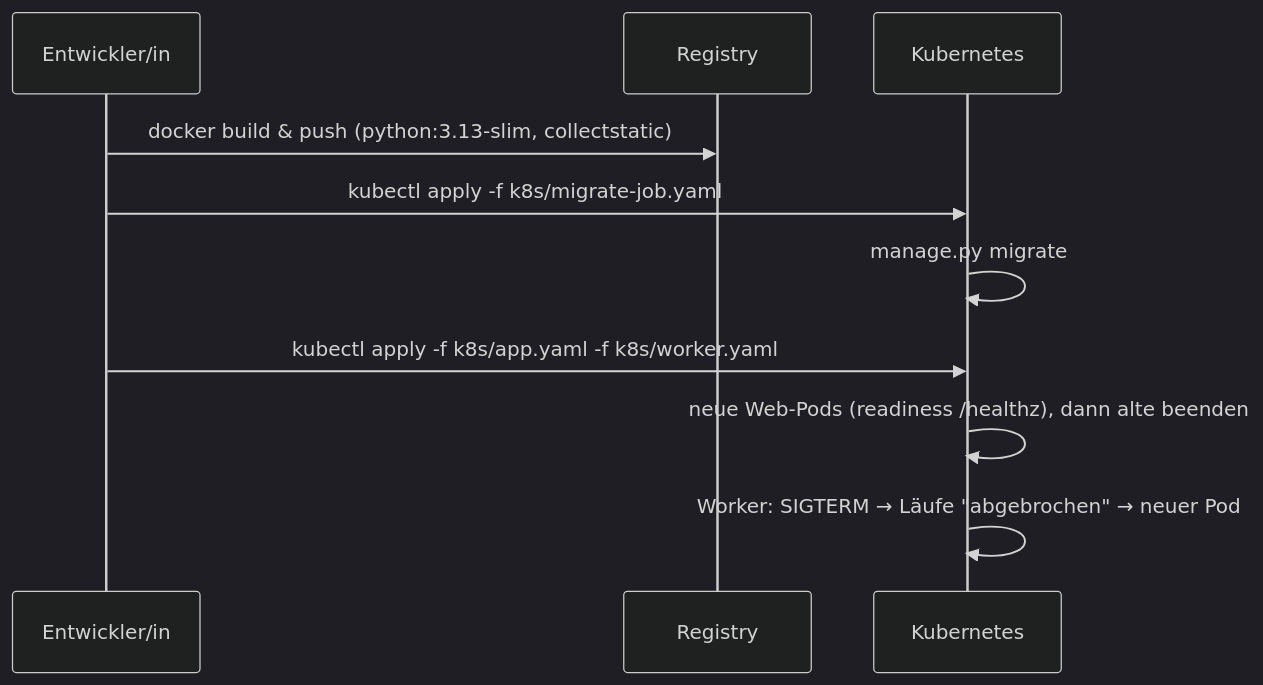
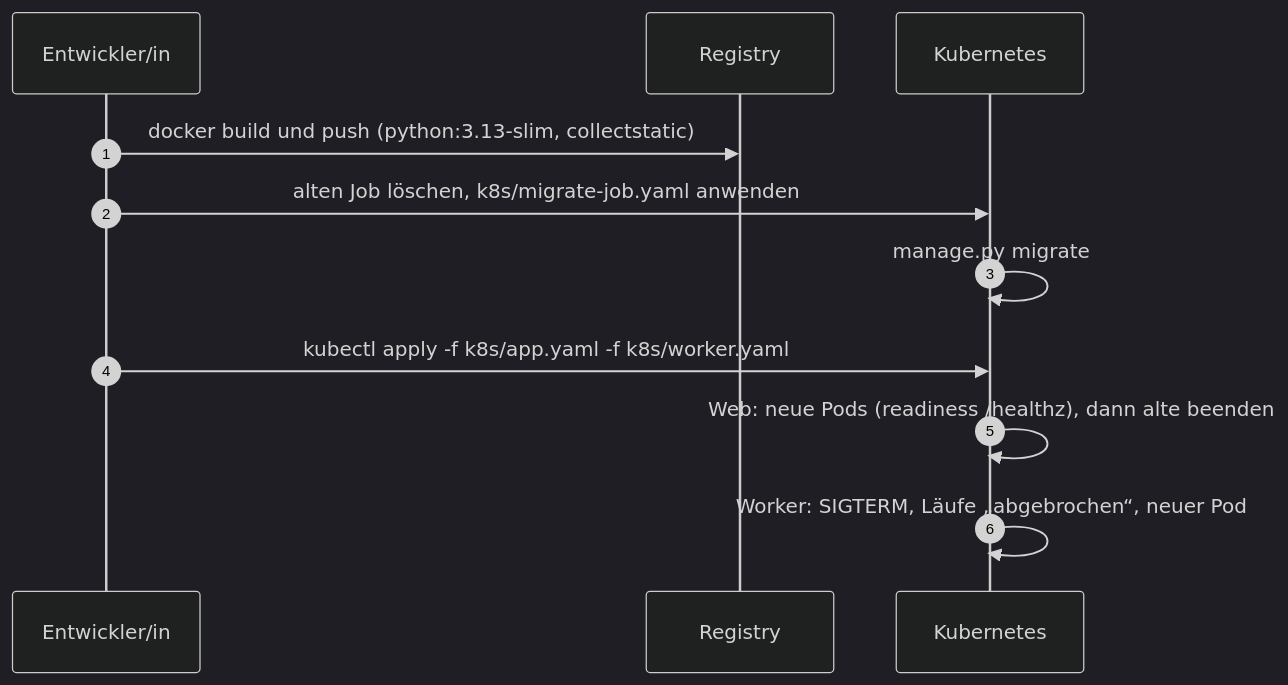
Before and after one commit to Turksat46/Baukasten: diagram 15 of 15 in docs/TECHNISCHE_DOKUMENTATION.md, drawn with Mermaid (dark theme). The commit also changed other lines of this file, not shown here.

Commit message:
Technische Dokumentation: Inhalt gegen den Code geprüft, Diagramme neu gestaltet

````diff
--- a/docs/TECHNISCHE_DOKUMENTATION.md
+++ b/docs/TECHNISCHE_DOKUMENTATION.md
@@ -624,12 +802,13 @@
 ```mermaid
 sequenceDiagram
+    autonumber
     participant Dev as Entwickler/in
     participant Reg as Registry
     participant K as Kubernetes
-    Dev->>Reg: docker build & push (python:3.13-slim, collectstatic)
-    Dev->>K: kubectl apply -f k8s/migrate-job.yaml
+    Dev->>Reg: docker build und push (python:3.13-slim, collectstatic)
+    Dev->>K: alten Job löschen, k8s/migrate-job.yaml anwenden
     K->>K: manage.py migrate
     Dev->>K: kubectl apply -f k8s/app.yaml -f k8s/worker.yaml
-    K->>K: neue Web-Pods (readiness /healthz), dann alte beenden
-    K->>K: Worker: SIGTERM → Läufe "abgebrochen" → neuer Pod
+    K->>K: Web: neue Pods (readiness /healthz), dann alte beenden
+    K->>K: Worker: SIGTERM, Läufe „abgebrochen“, neuer Pod
 ```
````
